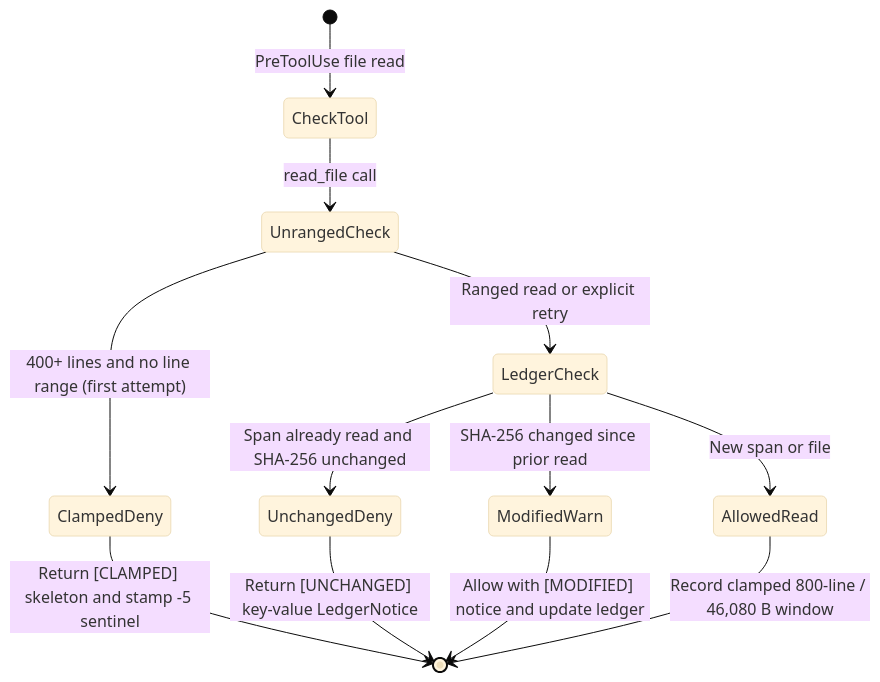
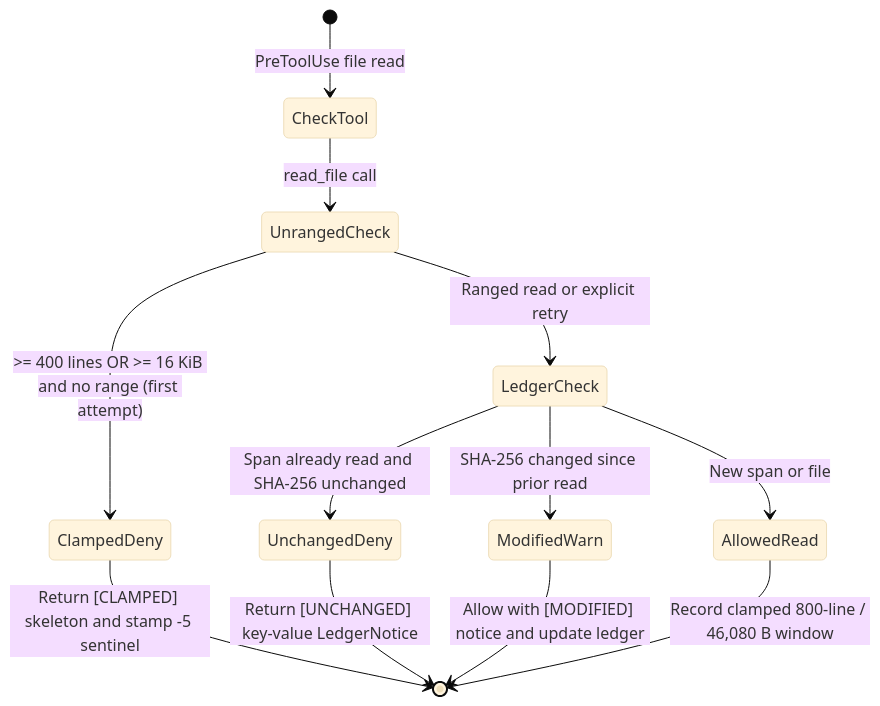
Before and after one commit to kesokaj/fyr: the fourth of 7 diagrams in features/hooks-and-ast-graph.md, drawn with Mermaid (base theme). The commit also changed other lines of this file and 8 other files, not shown here.

````diff
--- a/features/hooks-and-ast-graph.md
+++ b/features/hooks-and-ast-graph.md
@@ -116,14 +116,14 @@
 ```mermaid
 stateDiagram-v2
     [*] --> CheckTool: PreToolUse file read
     CheckTool --> UnrangedCheck: read_file call
-    UnrangedCheck --> ClampedDeny: 400+ lines and no line range (first attempt)
+    UnrangedCheck --> ClampedDeny: >= 400 lines OR >= 16 KiB and no range (first attempt)
     ClampedDeny --> [*]: Return [CLAMPED] skeleton and stamp -5 sentinel
     UnrangedCheck --> LedgerCheck: Ranged read or explicit retry
     LedgerCheck --> UnchangedDeny: Span already read and SHA-256 unchanged
     UnchangedDeny --> [*]: Return [UNCHANGED] key-value LedgerNotice
     LedgerCheck --> ModifiedWarn: SHA-256 changed since prior read
     ModifiedWarn --> [*]: Allow with [MODIFIED] notice and update ledger
     LedgerCheck --> AllowedRead: New span or file
     AllowedRead --> [*]: Record clamped 800-line / 46,080 B window
 ```
````
